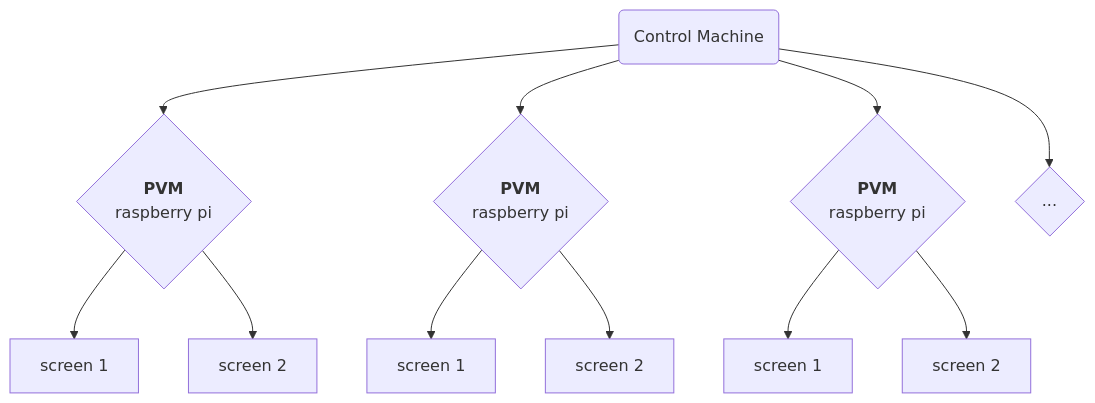
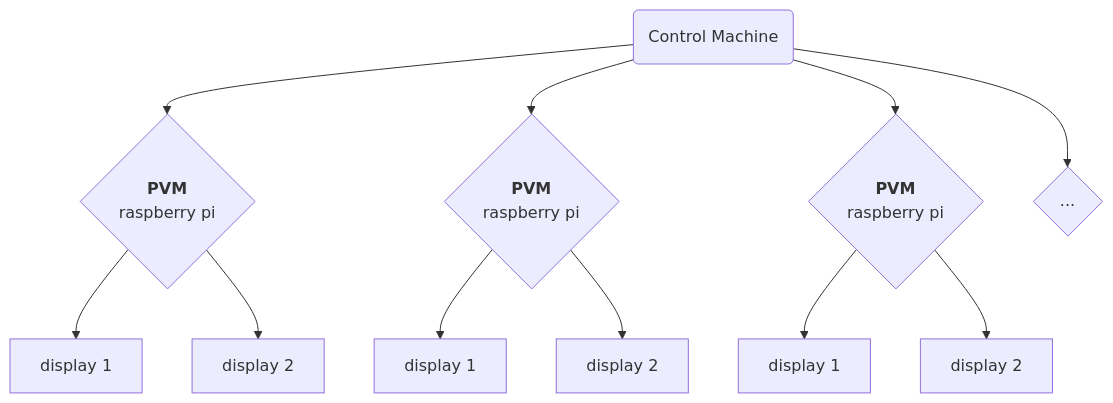
Before and after one commit to omarcostahamido/PVM: the diagram in README.md, drawn with Mermaid. The commit also changed other lines of this file, not shown here.

````diff
--- a/README.md
+++ b/README.md
@@ -4,13 +4,13 @@
 ```mermaid
 flowchart TD
     A(Control Machine) -->B{<b>PVM</b><br>raspberry pi}
     A -->C{<b>PVM</b><br>raspberry pi}
     A -->D{<b>PVM</b><br>raspberry pi}
     A -->K{...}
-    B -->E[screen 1]
-    B -->F[screen 2]
-    C -->G[screen 1]
-    C -->H[screen 2]
-    D -->I[screen 1]
-    D -->J[screen 2]
+    B -->E[display 1]
+    B -->F[display 2]
+    C -->G[display 1]
+    C -->H[display 2]
+    D -->I[display 1]
+    D -->J[display 2]
 ```
````
